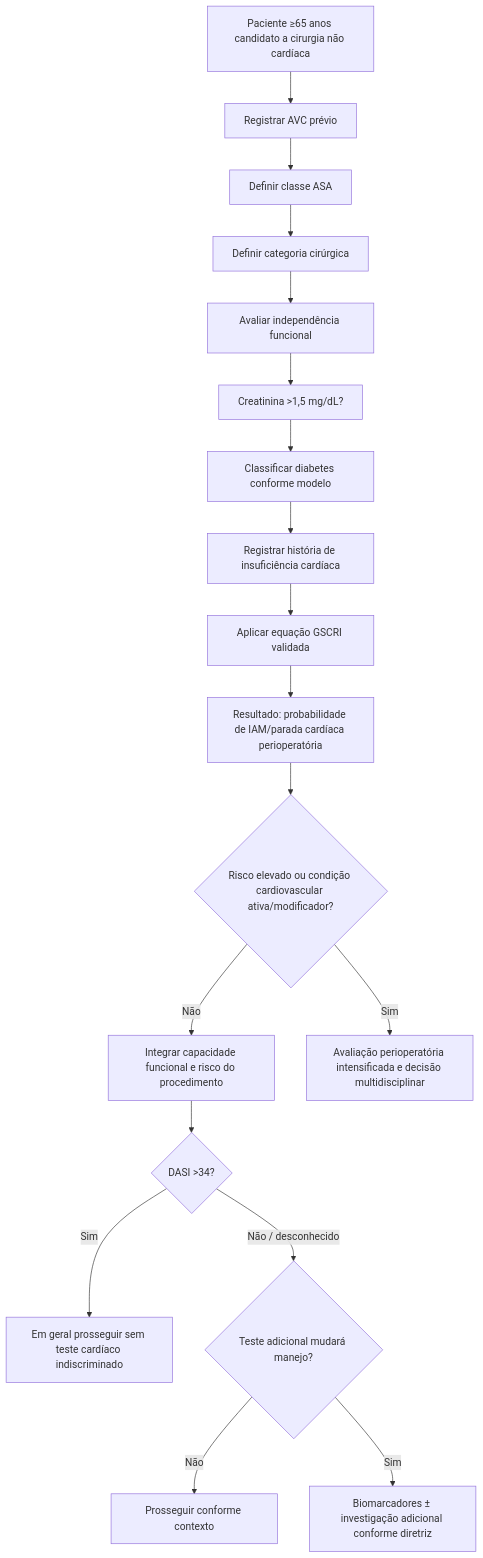
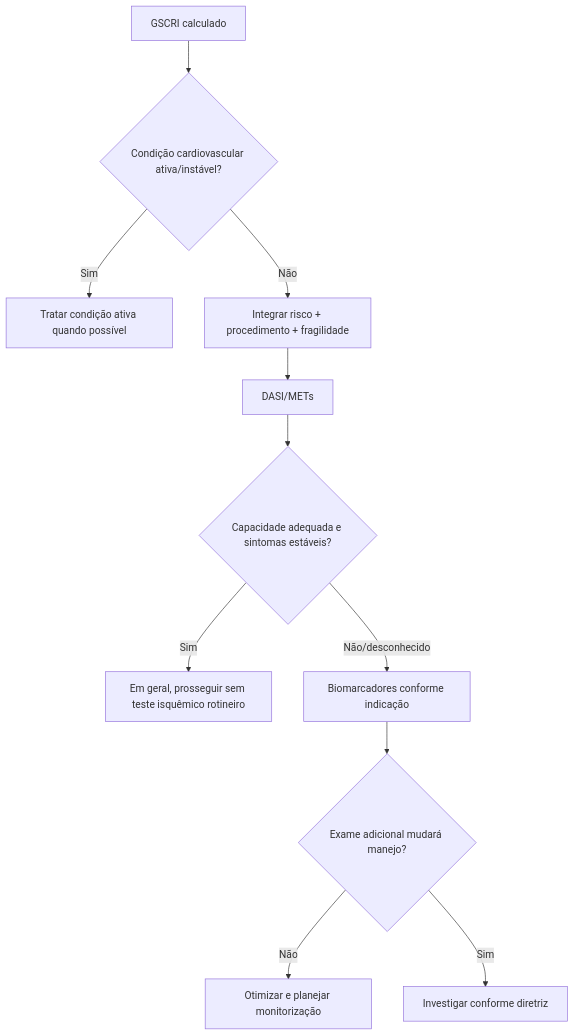
The second of 2 diagrams in content/Perioperatório/gscri-risco-cardiaco-geriatrico-pre-operatorio.md (rafaelpaesmeirelles/MeuCardio), drawn with Mermaid before and after one commit. The commit also changed other lines of this file, not shown here.

First line of the commit message:
conteudo: habilita cálculo GSCRI e documenta coeficientes originais

````diff
--- a/content/Perioperatório/gscri-risco-cardiaco-geriatrico-pre-operatorio.md
+++ b/content/Perioperatório/gscri-risco-cardiaco-geriatrico-pre-operatorio.md
@@ -34,20 +41,13 @@
 ```mermaid
 flowchart TD
-    A["Paciente ≥65 anos candidato a cirurgia não cardíaca"] --> B["Registrar AVC prévio"]
-    B --> C["Definir classe ASA"]
-    C --> D["Definir categoria cirúrgica"]
-    D --> E["Avaliar independência funcional"]
-    E --> F["Creatinina >1,5 mg/dL?"]
-    F --> G["Classificar diabetes conforme modelo"]
-    G --> H["Registrar história de insuficiência cardíaca"]
-    H --> I["Aplicar equação GSCRI validada"]
-    I --> J["Resultado: probabilidade de IAM/parada cardíaca perioperatória"]
-    J --> K{"Risco elevado ou condição cardiovascular ativa/modificador?"}
-    K -->|"Não"| L["Integrar capacidade funcional e risco do procedimento"]
-    K -->|"Sim"| M["Avaliação perioperatória intensificada e decisão multidisciplinar"]
-    L --> N{"DASI >34?"}
-    N -->|"Sim"| O["Em geral prosseguir sem teste cardíaco indiscriminado"]
-    N -->|"Não / desconhecido"| P{"Teste adicional mudará manejo?"}
-    P -->|"Não"| Q["Prosseguir conforme contexto"]
-    P -->|"Sim"| R["Biomarcadores ± investigação adicional conforme diretriz"]
+ A["GSCRI calculado"] --> B{"Condição cardiovascular ativa/instável?"}
+ B -->|"Sim"| C["Tratar condição ativa quando possível"]
+ B -->|"Não"| D["Integrar risco + procedimento + fragilidade"]
+ D --> E["DASI/METs"]
+ E --> F{"Capacidade adequada e sintomas estáveis?"}
+ F -->|"Sim"| G["Em geral, prosseguir sem teste isquêmico rotineiro"]
+ F -->|"Não/desconhecido"| H["Biomarcadores conforme indicação"]
+ H --> I{"Exame adicional mudará manejo?"}
+ I -->|"Não"| J["Otimizar e planejar monitorização"]
+ I -->|"Sim"| K["Investigar conforme diretriz"]
 ```
````
